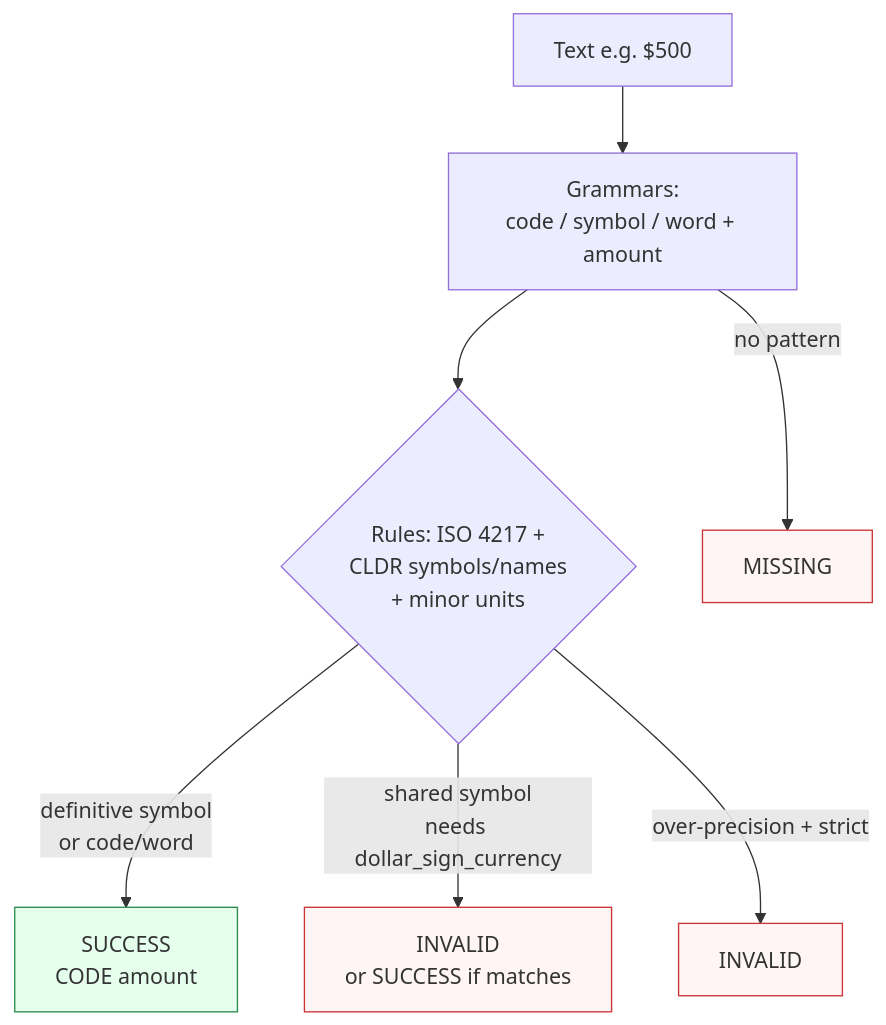
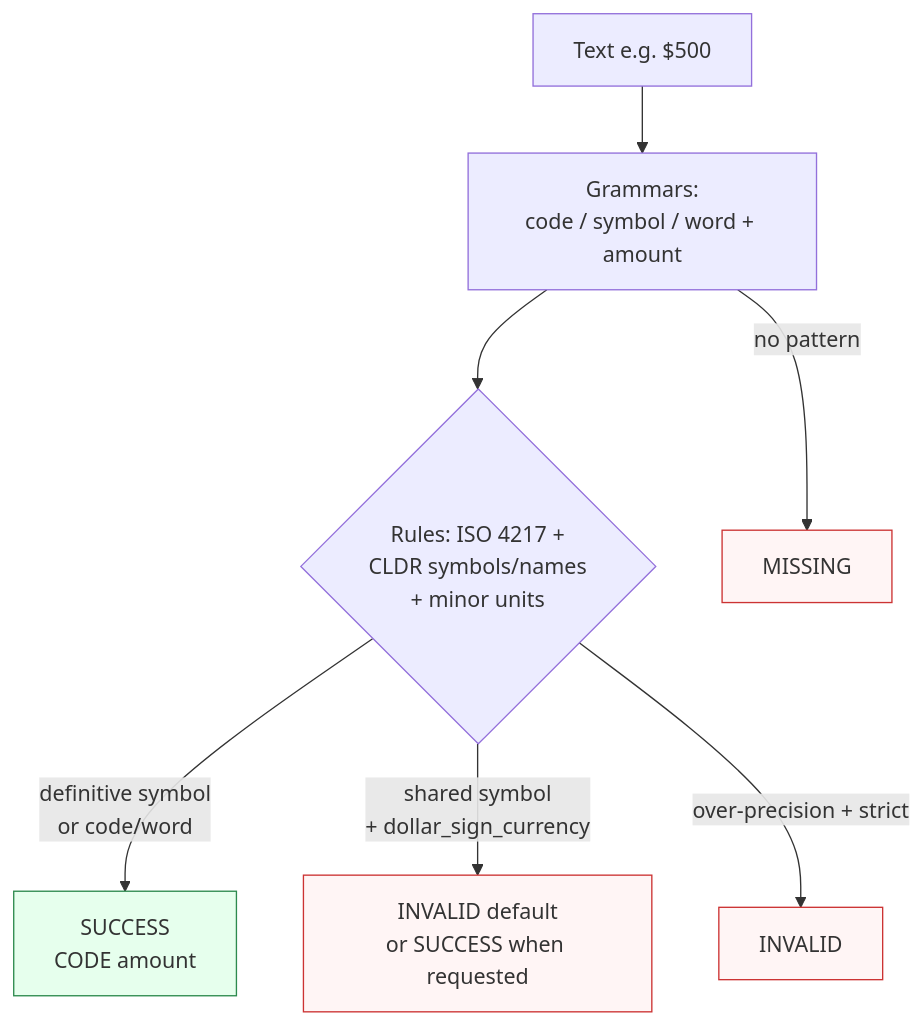
The diagram in docs/user/capabilities/money.md (nexusnv/paxman-python), drawn with Mermaid before and after one commit. The commit also changed other lines of this file, not shown here.

Commit message:
fix(money-docs): add Limitations section (D4 docs half); fix dangling pointer + mermaid loose-semantics label

````diff
--- a/docs/user/capabilities/money.md
+++ b/docs/user/capabilities/money.md
@@ -105,14 +105,14 @@
 ```mermaid
 flowchart TB
     A[Text e.g. $500] --> G[Grammars:<br>code / symbol / word + amount]
     G --> R{Rules: ISO 4217 +<br>CLDR symbols/names<br>+ minor units}
     R -->|definitive symbol<br>or code/word| OK[SUCCESS<br>CODE amount]
-    R -->|shared symbol<br>needs dollar_sign_currency| INV[INVALID<br>or SUCCESS if matches]
+    R -->|shared symbol<br>+ dollar_sign_currency| INV[INVALID default<br>or SUCCESS when requested]
     R -->|over-precision + strict| INV2[INVALID]
     G -->|no pattern| MISS[MISSING]
 
     style OK fill:#e6ffed,stroke:#2d8a4e
     style INV fill:#fff5f5,stroke:#cc3333
     style INV2 fill:#fff5f5,stroke:#cc3333
     style MISS fill:#fff5f5,stroke:#cc3333
 ```
````
